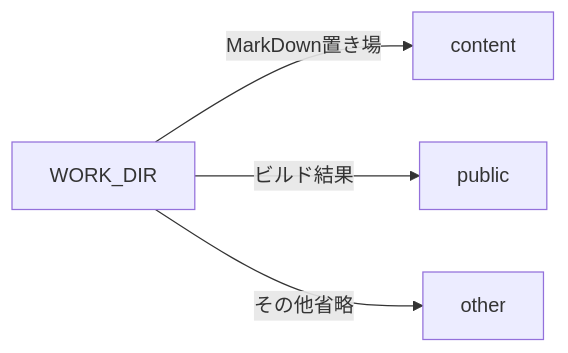
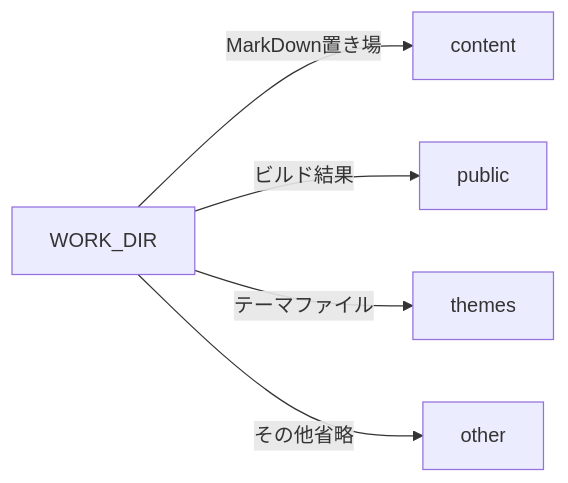
The diagram in docs-src/content/install/page-3.md (framelunch/docs), drawn with Mermaid before and after one commit. The commit also changed other lines of this file and 15 other files, not shown here.

```diff
--- a/docs-src/content/install/page-3.md
+++ b/docs-src/content/install/page-3.md
@@ -20,9 +20,11 @@
 {{<mermaid align="left">}}
 graph LR;
     A[WORK_DIR] --> |MarkDown置き場| B
     A[WORK_DIR] --> |ビルド結果| C
-    A[WORK_DIR] --> |その他省略| D
+    A[WORK_DIR] --> |テーマファイル| D
+    A[WORK_DIR] --> |その他省略| E
     B[content]
     C[public]
-    D[other]
+    D[themes]
+    E[other]
 {{< /mermaid >}}
```
